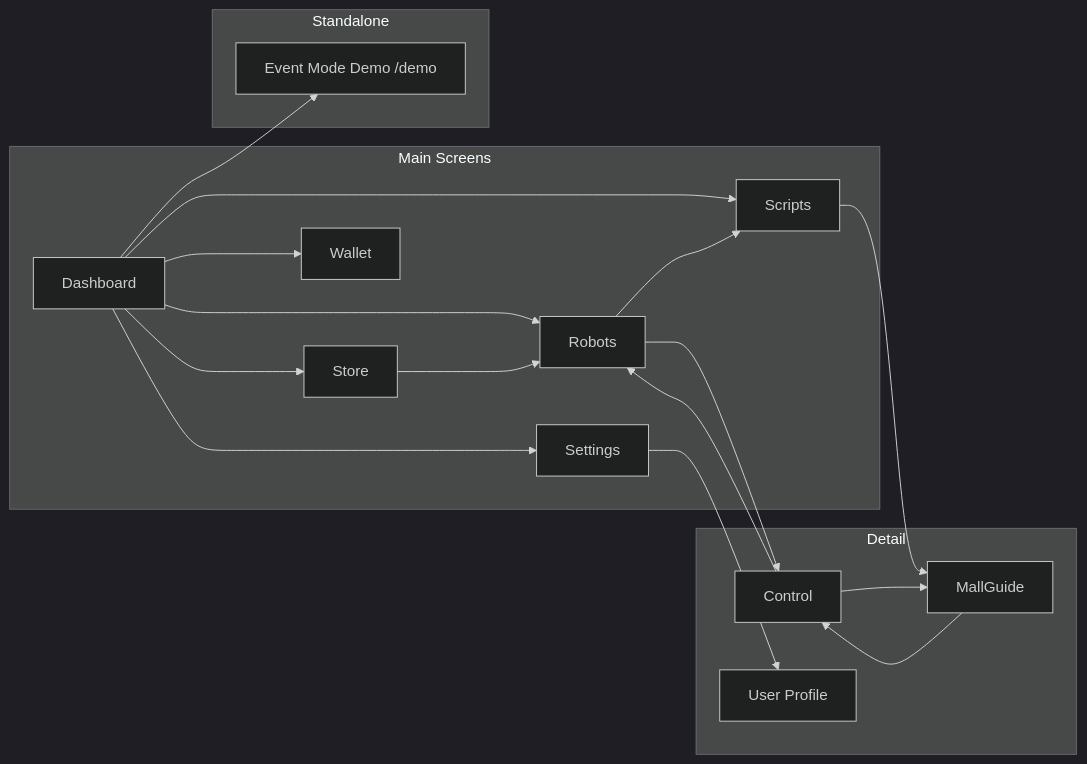
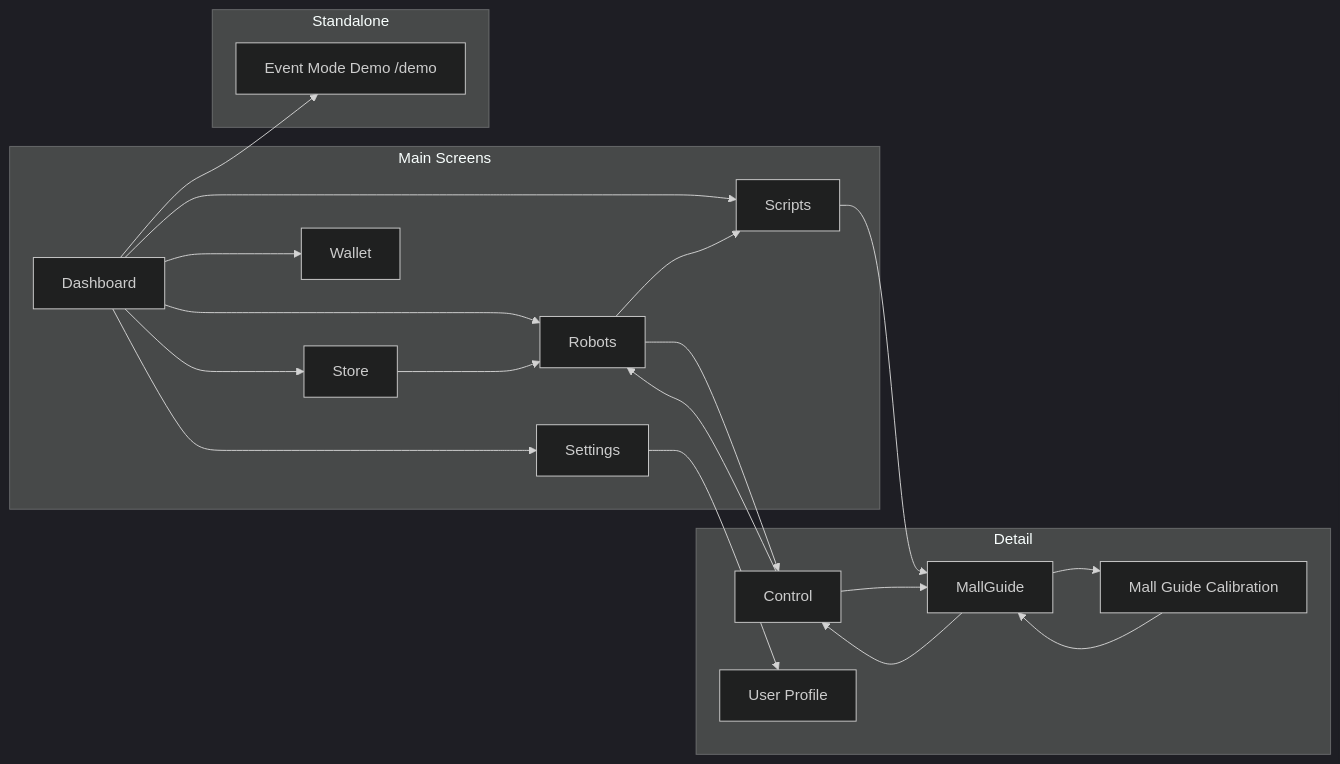
Before and after one commit to Saitosar/sai-aurosy-telegram-mini-app: the second of 2 diagrams in docs/ux/screen-map.md, drawn with Mermaid (dark theme). The commit also changed other lines of this file and 5 other files, not shown here.

Commit message:
Update README and documentation to clarify backend port settings, add Mall Guide Calibration details, and enhance navigation descriptions. Refactor frontend README for improved structure and links to architecture and UX documentation.

````diff
--- a/docs/ux/screen-map.md
+++ b/docs/ux/screen-map.md
@@ -127,33 +133,36 @@
 ```mermaid
 flowchart LR
     subgraph Main [Main Screens]
         Dashboard
         Robots
         Store
         Wallet
         Scripts
         Settings
     end
     subgraph Detail [Detail]
         Control
         MallGuide
+        MallGuideCal[Mall Guide Calibration]
         UserProfile[User Profile]
     end
     Settings --> UserProfile
     subgraph Standalone [Standalone]
         Demo[Event Mode Demo /demo]
     end
     Dashboard --> Robots
     Dashboard --> Store
     Dashboard --> Wallet
     Dashboard --> Scripts
     Dashboard --> Settings
     Dashboard --> Demo
     Robots --> Control
     Robots --> Scripts
     Scripts --> MallGuide
+    MallGuide --> MallGuideCal
+    MallGuideCal --> MallGuide
     MallGuide --> Control
     Control --> Robots
     Control --> MallGuide
     Store --> Robots
 ```
````
